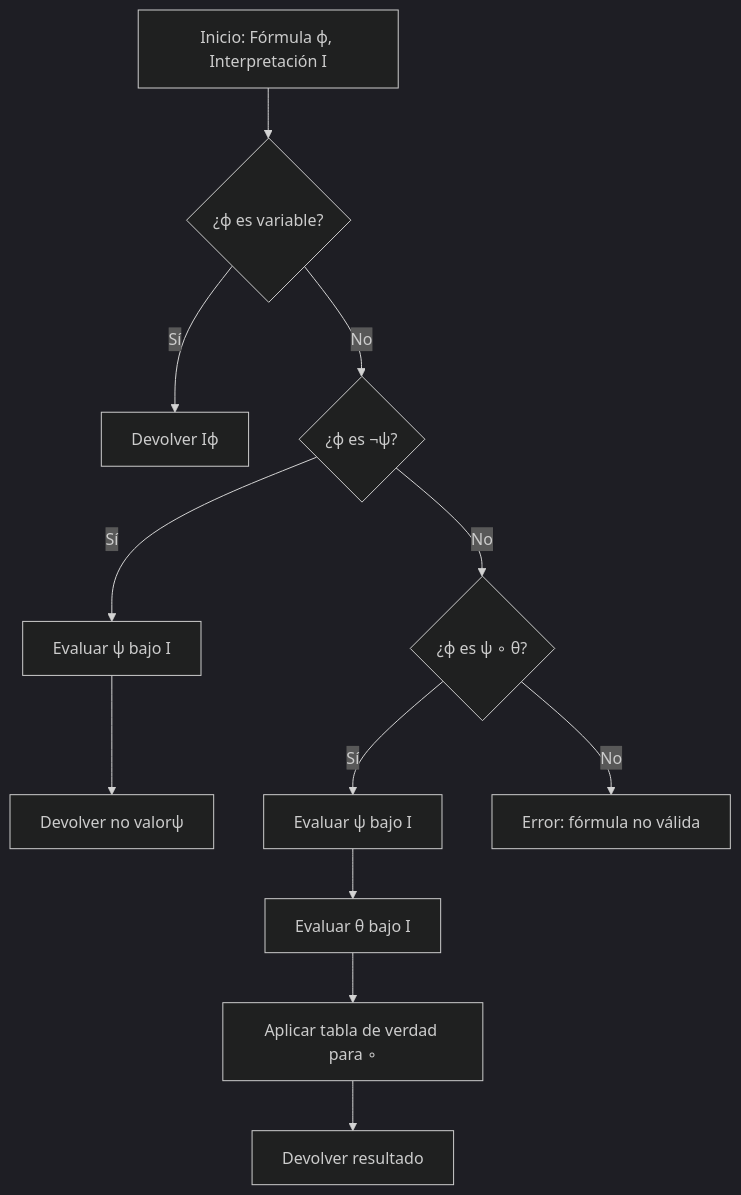
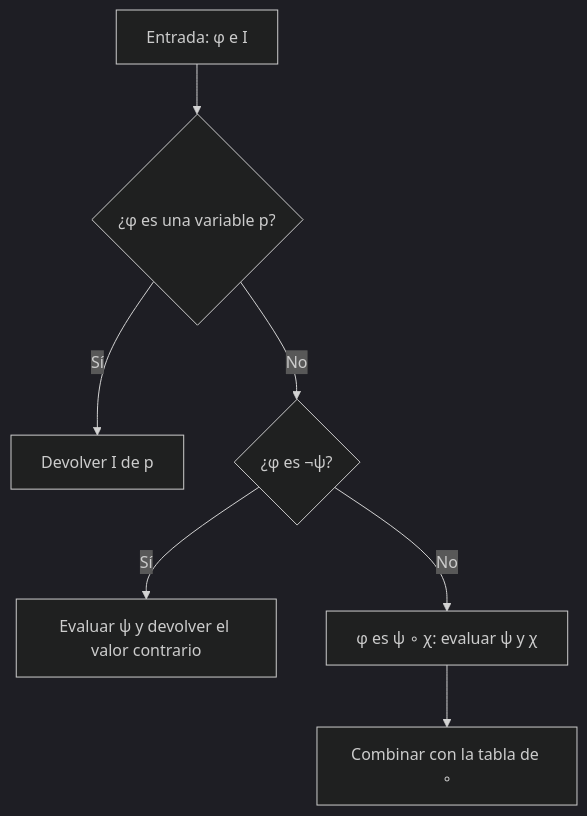
The diagram in public/documents/semester-4/2/4223.md (djaimej/computer-science-template), drawn with Mermaid (dark theme) before and after one commit. The commit also changed other lines of this file and 5 other files, not shown here.

````diff
--- a/public/documents/semester-4/2/4223.md
+++ b/public/documents/semester-4/2/4223.md
@@ -102,17 +76,9 @@
 ```mermaid
 flowchart TD
-    A[Inicio: Fórmula ϕ, Interpretación I] --> B{¿ϕ es variable?}
-    B -->|Sí| C[Devolver Iϕ]
-
-    B -->|No| D{¿ϕ es ¬ψ?}
-    D -->|Sí| E[Evaluar ψ bajo I]
-    E --> F[Devolver no valorψ]
-
-    D -->|No| G{¿ϕ es ψ ∘ θ?}
-    G -->|Sí| H[Evaluar ψ bajo I]
-    H --> I[Evaluar θ bajo I]
-    I --> J[Aplicar tabla de verdad para ∘]
-    J --> K[Devolver resultado]
-
-    G -->|No| L[Error: fórmula no válida]
+    A["Entrada: φ e I"] --> B{"¿φ es una variable p?"}
+    B -->|Sí| C["Devolver I de p"]
+    B -->|No| D{"¿φ es ¬ψ?"}
+    D -->|Sí| E["Evaluar ψ y devolver el valor contrario"]
+    D -->|No| F["φ es ψ ∘ χ: evaluar ψ y χ"]
+    F --> G["Combinar con la tabla de ∘"]
 ```
````
